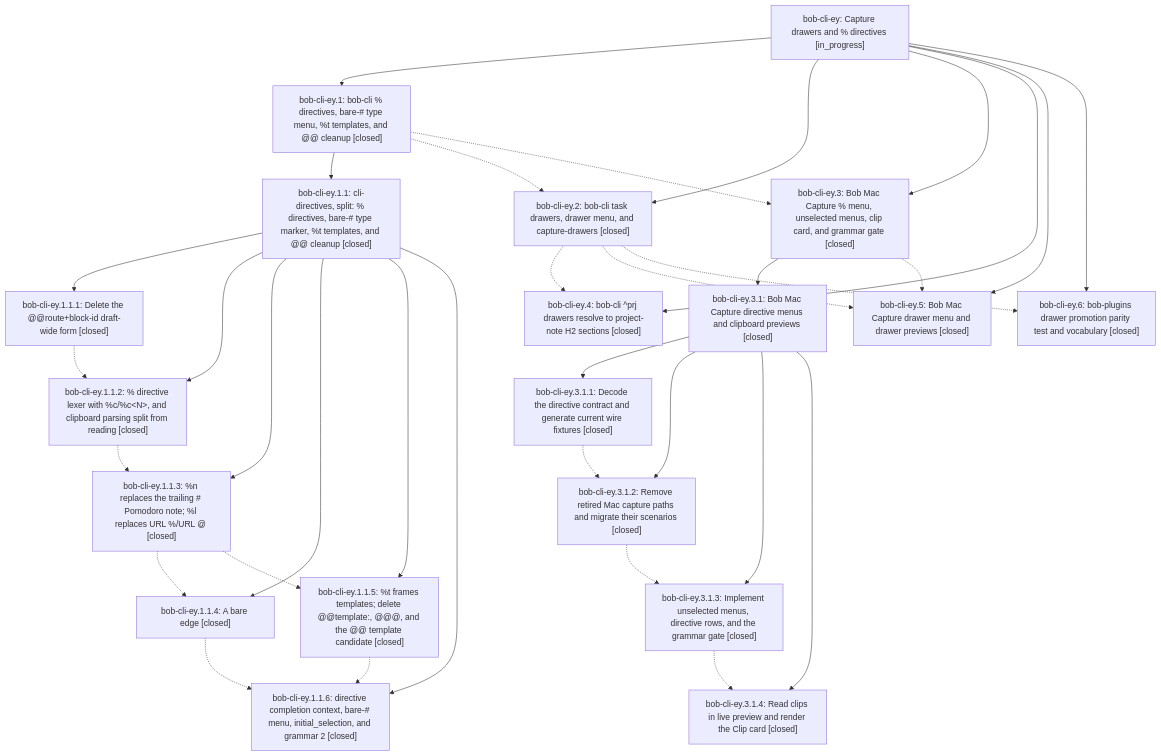
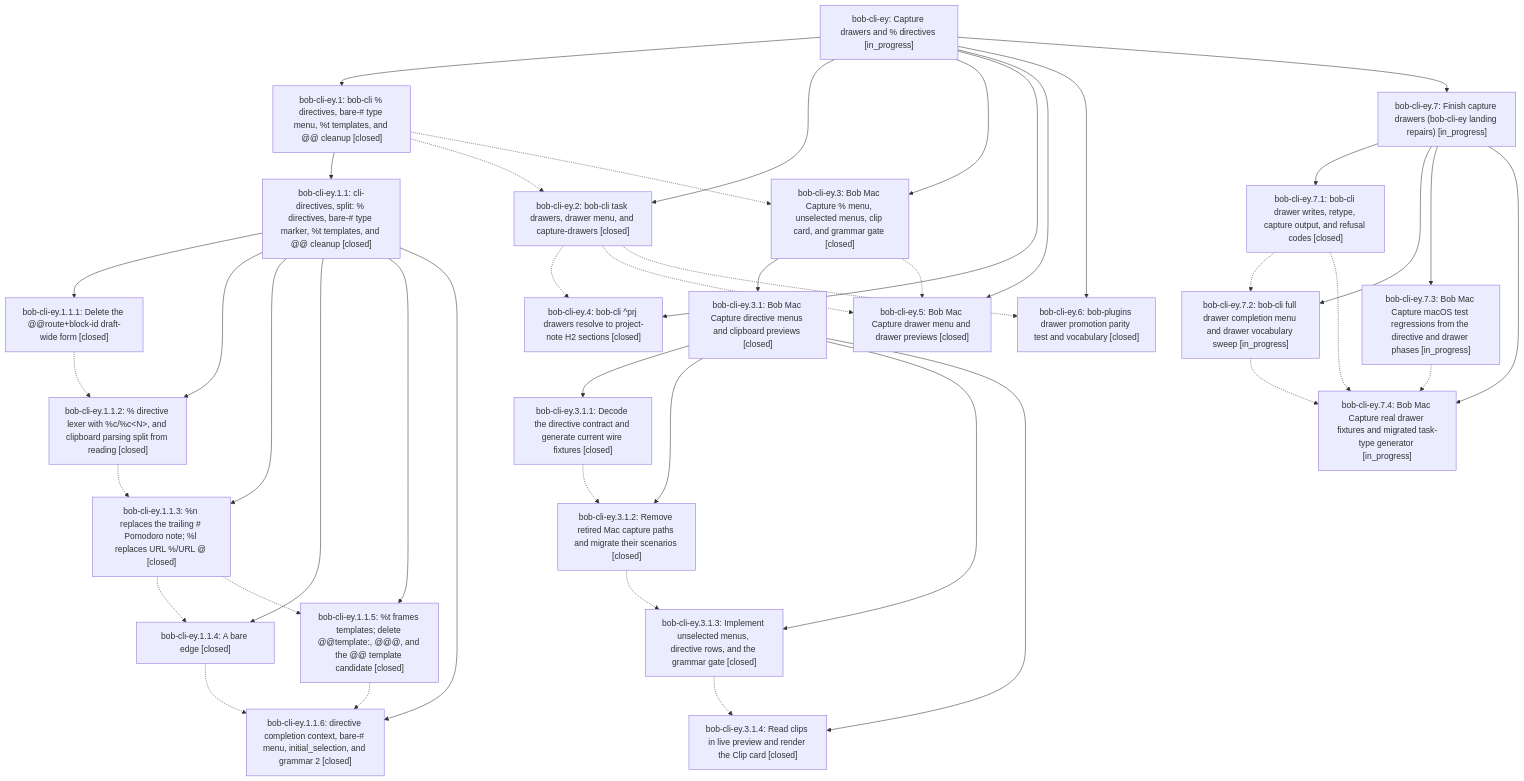
One commit to bobs-org/bob-cli--beads changed the diagram in pages/bob-cli-ey/README.md. Above: the diagram before and after it, drawn with Mermaid. The commit also changed other lines of this file and 9 other files, not shown here.

First line of the commit message:
chore(beads): sync bead state and pages for bob-cli-ey

````diff
--- a/pages/bob-cli-ey/README.md
+++ b/pages/bob-cli-ey/README.md
@@ -45,55 +47,69 @@
 ```mermaid
 flowchart TD
     n0["bob-cli-ey: Capture drawers and % directives [in_progress]"]
     n1["bob-cli-ey.1: bob-cli % directives, bare-# type menu, %t templates, and @@ cleanup [closed]"]
     n2["bob-cli-ey.1.1: cli-directives, split: % directives, bare-# type marker, %t templates, and @@ cleanup [closed]"]
     n3["bob-cli-ey.1.1.1: Delete the @@route+block-id draft-wide form [closed]"]
     n4["bob-cli-ey.1.1.2: % directive lexer with %c/%c&lt;N&gt;, and clipboard parsing split from reading [closed]"]
     n5["bob-cli-ey.1.1.3: %n replaces the trailing # Pomodoro note; %l replaces URL %/URL @ [closed]"]
     n6["bob-cli-ey.1.1.4: A bare edge [closed]"]
     n7["bob-cli-ey.1.1.5: %t frames templates; delete @@template:, @@@, and the @@ template candidate [closed]"]
     n8["bob-cli-ey.1.1.6: directive completion context, bare-# menu, initial_selection, and grammar 2 [closed]"]
     n9["bob-cli-ey.2: bob-cli task drawers, drawer menu, and capture-drawers [closed]"]
     n10["bob-cli-ey.3: Bob Mac Capture % menu, unselected menus, clip card, and grammar gate [closed]"]
     n11["bob-cli-ey.3.1: Bob Mac Capture directive menus and clipboard previews [closed]"]
     n12["bob-cli-ey.3.1.1: Decode the directive contract and generate current wire fixtures [closed]"]
     n13["bob-cli-ey.3.1.2: Remove retired Mac capture paths and migrate their scenarios [closed]"]
     n14["bob-cli-ey.3.1.3: Implement unselected menus, directive rows, and the grammar gate [closed]"]
     n15["bob-cli-ey.3.1.4: Read clips in live preview and render the Clip card [closed]"]
     n16["bob-cli-ey.4: bob-cli ^prj drawers resolve to project-note H2 sections [closed]"]
     n17["bob-cli-ey.5: Bob Mac Capture drawer menu and drawer previews [closed]"]
     n18["bob-cli-ey.6: bob-plugins drawer promotion parity test and vocabulary [closed]"]
+    n19["bob-cli-ey.7: Finish capture drawers (bob-cli-ey landing repairs) [in_progress]"]
+    n20["bob-cli-ey.7.1: bob-cli drawer writes, retype, capture output, and refusal codes [closed]"]
+    n21["bob-cli-ey.7.2: bob-cli full drawer completion menu and drawer vocabulary sweep [in_progress]"]
+    n22["bob-cli-ey.7.3: Bob Mac Capture macOS test regressions from the directive and drawer phases [in_progress]"]
+    n23["bob-cli-ey.7.4: Bob Mac Capture real drawer fixtures and migrated task-type generator [in_progress]"]
     n0 --> n1
     n1 --> n2
     n2 --> n3
     n2 --> n4
     n2 --> n5
     n2 --> n6
     n2 --> n7
     n2 --> n8
     n0 --> n9
     n0 --> n10
     n10 --> n11
     n11 --> n12
     n11 --> n13
     n11 --> n14
     n11 --> n15
     n0 --> n16
     n0 --> n17
     n0 --> n18
+    n0 --> n19
+    n19 --> n20
+    n19 --> n21
+    n19 --> n22
+    n19 --> n23
     n1 -.-> n9
     n1 -.-> n10
     n3 -.-> n4
     n4 -.-> n5
     n5 -.-> n6
     n5 -.-> n7
     n6 -.-> n8
     n7 -.-> n8
     n9 -.-> n16
     n9 -.-> n17
     n9 -.-> n18
     n10 -.-> n17
     n12 -.-> n13
     n13 -.-> n14
     n14 -.-> n15
+    n20 -.-> n21
+    n20 -.-> n23
+    n21 -.-> n23
+    n22 -.-> n23
 ```
````
